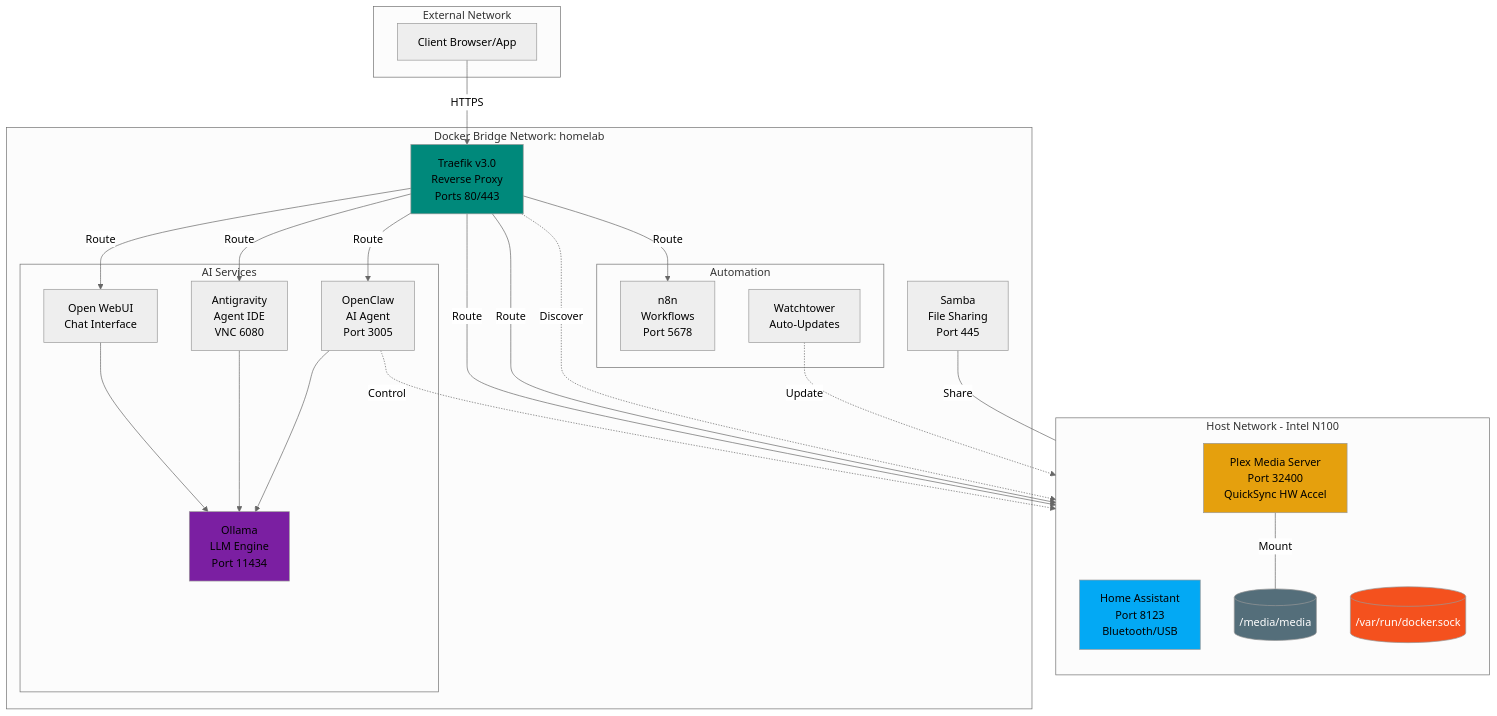
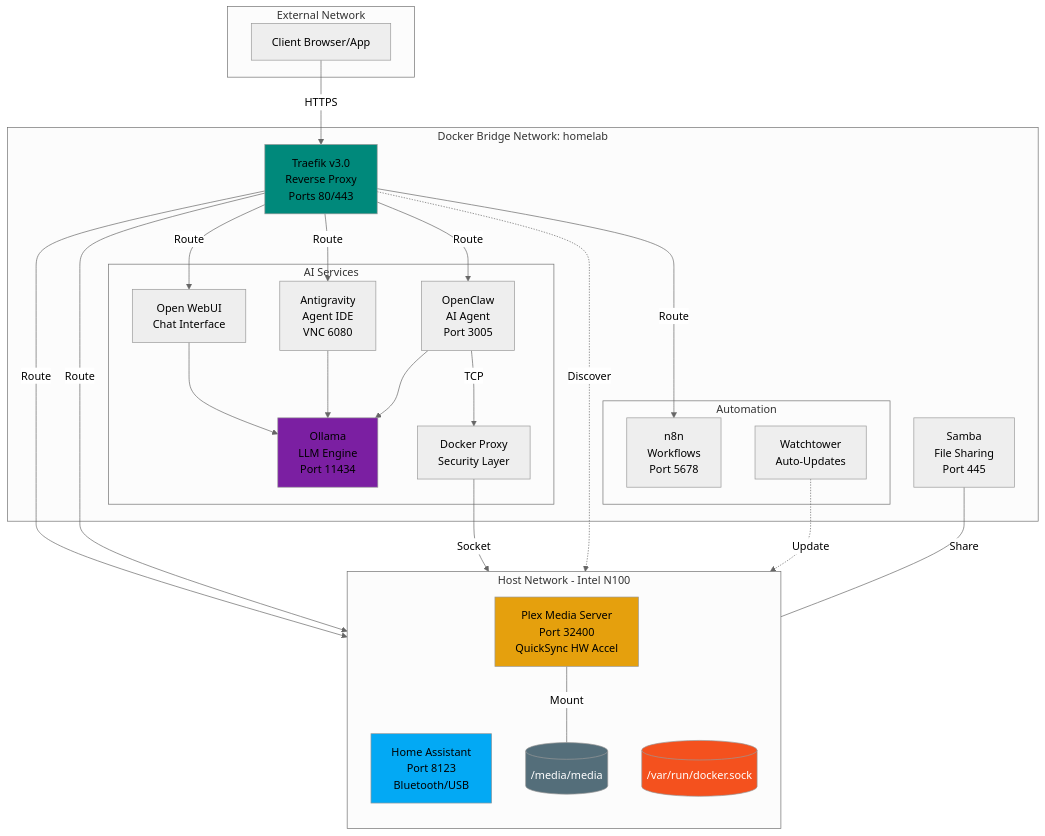
One commit to oweibor/homelab changed the diagram in README.md. Above: the diagram before and after it, drawn with Mermaid (neutral theme). The commit also changed other lines of this file and 1 other file, not shown here.

Commit message:
docs: document security proxy architecture and add health checks

````diff
--- a/README.md
+++ b/README.md
@@ -161,59 +161,63 @@
 ```mermaid
 graph TB
     subgraph Internet[External Network]
         User[Client Browser/App]
     end
 
     subgraph HostNet[Host Network - Intel N100]
         direction TB
         HA[Home Assistant<br/>Port 8123<br/>Bluetooth/USB]
         Plex[Plex Media Server<br/>Port 32400<br/>QuickSync HW Accel]
         DockerSock[("/var/run/docker.sock")]
         MediaData[("/media/media")]
     end
 
     subgraph DockerBridge[Docker Bridge Network: homelab]
         Traefik[Traefik v3.0<br/>Reverse Proxy<br/>Ports 80/443]
         
         subgraph AIStack[AI Services]
             Ollama[Ollama<br/>LLM Engine<br/>Port 11434]
             WebUI[Open WebUI<br/>Chat Interface]
             Antigravity[Antigravity<br/>Agent IDE<br/>VNC 6080]
             OpenClaw[OpenClaw<br/>AI Agent<br/>Port 3005]
+            Proxy[Docker Proxy<br/>Security Layer]
         end
         
         subgraph AutoStack[Automation]
             n8n[n8n<br/>Workflows<br/>Port 5678]
             Watchtower[Watchtower<br/>Auto-Updates]
         end
         
         Samba[Samba<br/>File Sharing<br/>Port 445]
     end
 
     User -->|HTTPS| Traefik
     Traefik -->|Route| WebUI
     Traefik -->|Route| HA
     Traefik -->|Route| Plex
     Traefik -->|Route| n8n
     Traefik -->|Route| Antigravity
     Traefik -->|Route| OpenClaw
 
     WebUI --> Ollama
     Antigravity --> Ollama
     OpenClaw --> Ollama
     
     %% System Integrations
-    OpenClaw -.->|Control| DockerSock
+    OpenClaw -->|TCP| Proxy
+    Proxy -->|Socket| DockerSock
+    
+    %% System Integrations
     Traefik -.->|Discover| DockerSock
     Watchtower -.->|Update| DockerSock
     
     Plex ---|Mount| MediaData
     Samba ---|Share| MediaData
 
     style Traefik fill:#00897B
     style Ollama fill:#7B1FA2
     style HA fill:#03A9F4
     style Plex fill:#E5A00D
     style MediaData fill:#546E7A,color:#fff
     style DockerSock fill:#F4511E,color:#fff
 ```
````
